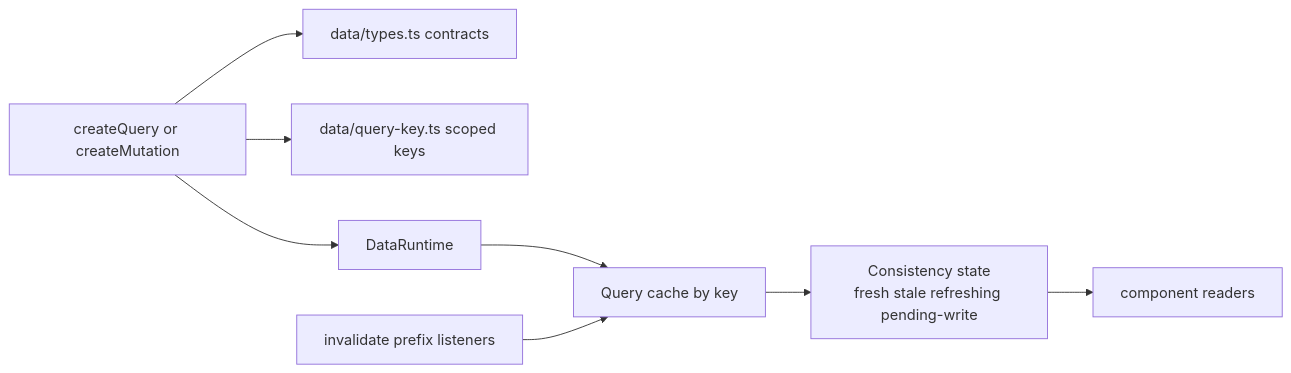
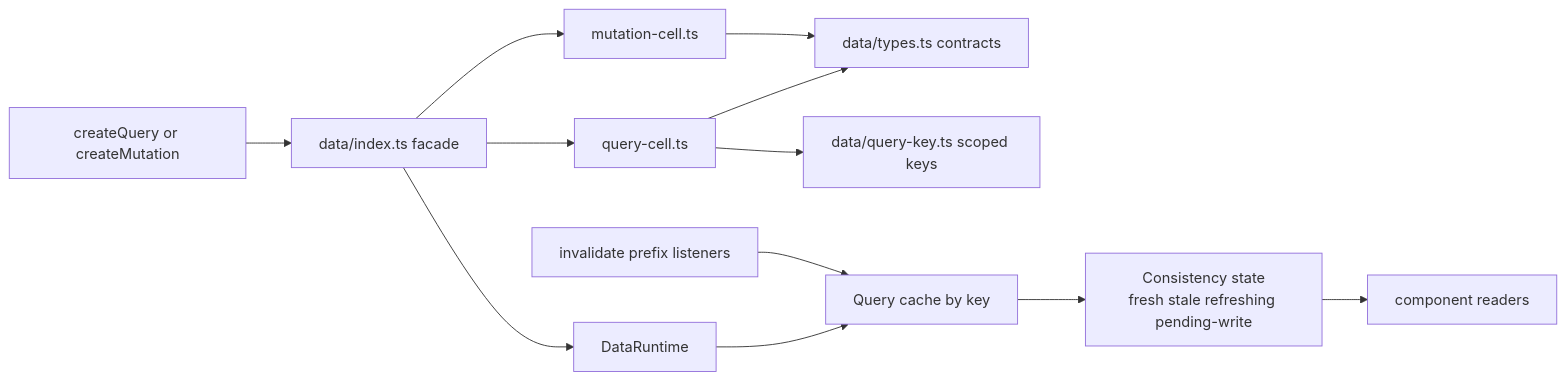
The seventh of 7 diagrams in docs/internals/runtime-reactivity.md (askrjs/askr), drawn with Mermaid before and after one commit. The commit also changed other lines of this file and 41 other files, not shown here.

Commit message:
refactor architecture owner modules

````diff
--- a/docs/internals/runtime-reactivity.md
+++ b/docs/internals/runtime-reactivity.md
@@ -198,19 +198,26 @@
 ```mermaid
 flowchart LR
   queryCall[createQuery or createMutation]
   dataTypes[data/types.ts contracts]
   queryKey[data/query-key.ts scoped keys]
+  facade[data/index.ts facade]
   dataRuntime[DataRuntime]
+  queryCell[query-cell.ts]
+  mutationCell[mutation-cell.ts]
   cache[Query cache by key]
   consistency[Consistency state<br/>fresh stale refreshing pending-write]
   invalidate[invalidate prefix listeners]
   readers[component readers]
 
-  queryCall --> dataRuntime
-  queryCall --> dataTypes
-  queryCall --> queryKey
+  queryCall --> facade
+  facade --> queryCell
+  facade --> mutationCell
+  facade --> dataRuntime
+  queryCell --> dataTypes
+  queryCell --> queryKey
+  mutationCell --> dataTypes
   dataRuntime --> cache
   cache --> consistency
   invalidate --> cache
   consistency --> readers
 ```
````
